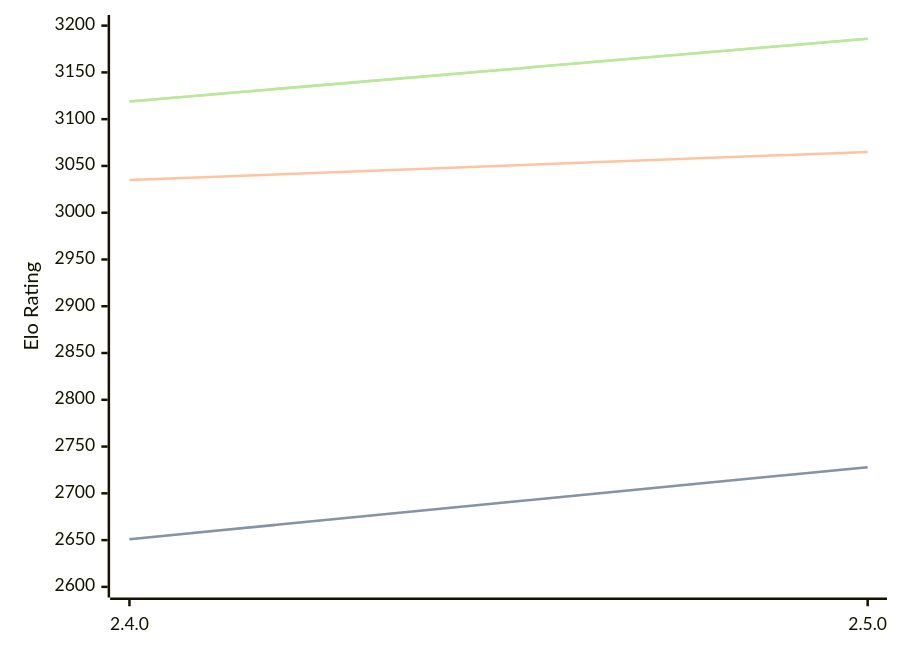
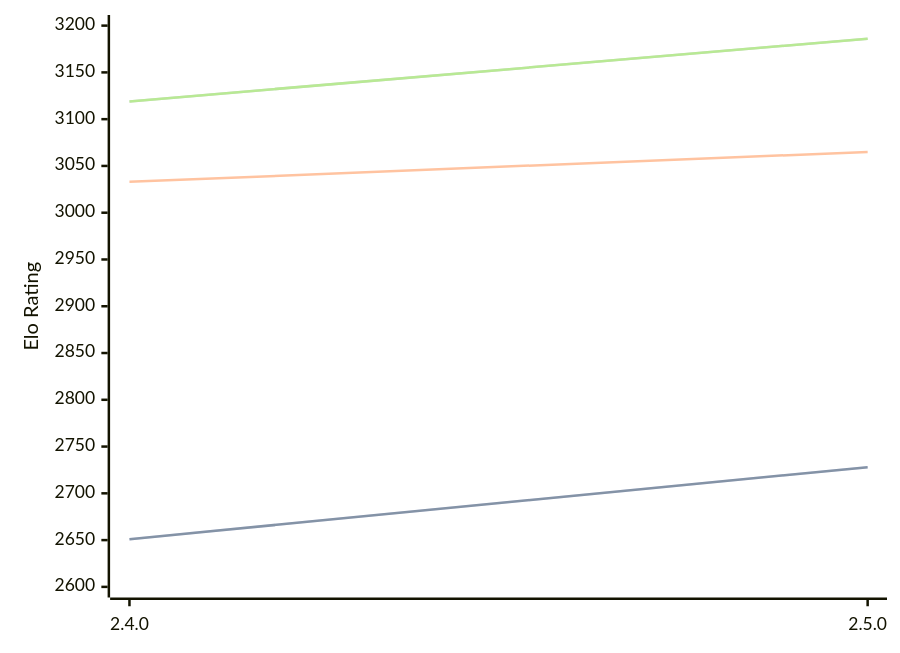
One commit to computer-chess-index/cci changed the diagram in engines/Sturddle2.md. Above: the diagram before and after it, drawn with Mermaid. The commit also changed other lines of this file, not shown here.

````diff
--- a/engines/Sturddle2.md
+++ b/engines/Sturddle2.md
@@ -37,11 +37,11 @@
 ```mermaid
 %%{init: {"theme":"base","themeVariables":{"seriesColors:['#a3a3a3','#222221','#faa371']}}}%%
 xychart-beta
   x-axis ["2.4.0", "2.5.0"]
   y-axis "Elo Rating" 2600 --> 3200
   line "STC (8.0+0.08s)" [2651, 2728]
   line "STC (8.0+0.08s)" [2651, 2728]
-  line "LTC (60.0+0.60s)" [3035, 3065]
+  line "LTC (60.0+0.60s)" [3033, 3065]
   line "VLTC (2m24s+1.12s)" [3119, 3186]
   line "VLTC (2m24s+1.12s)" [3119, 3186]
 ```
````
